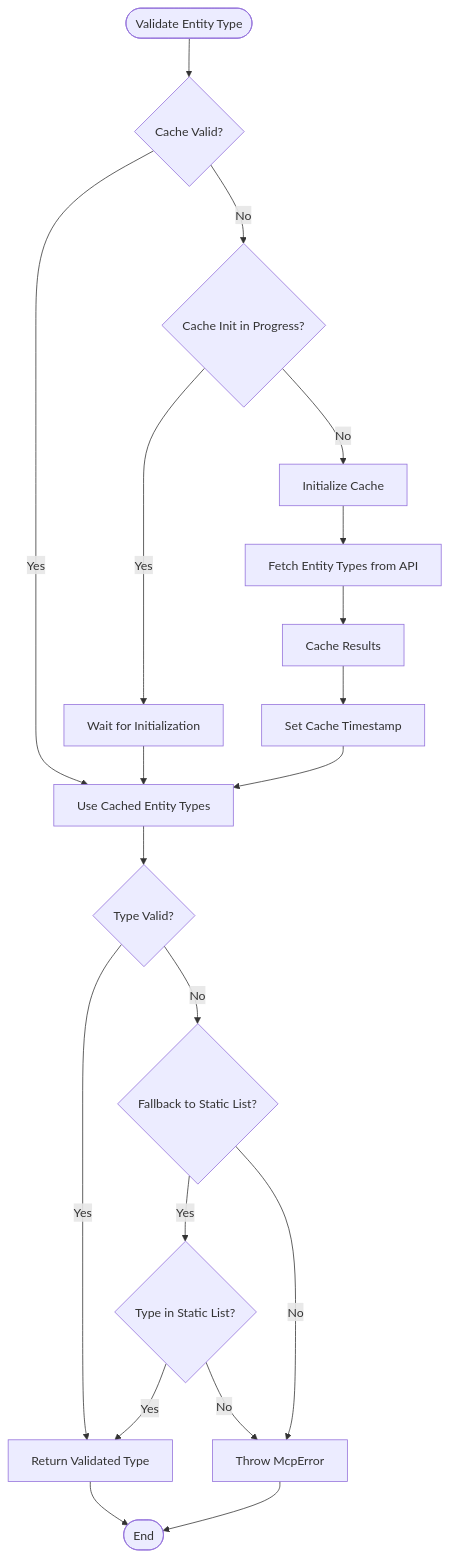
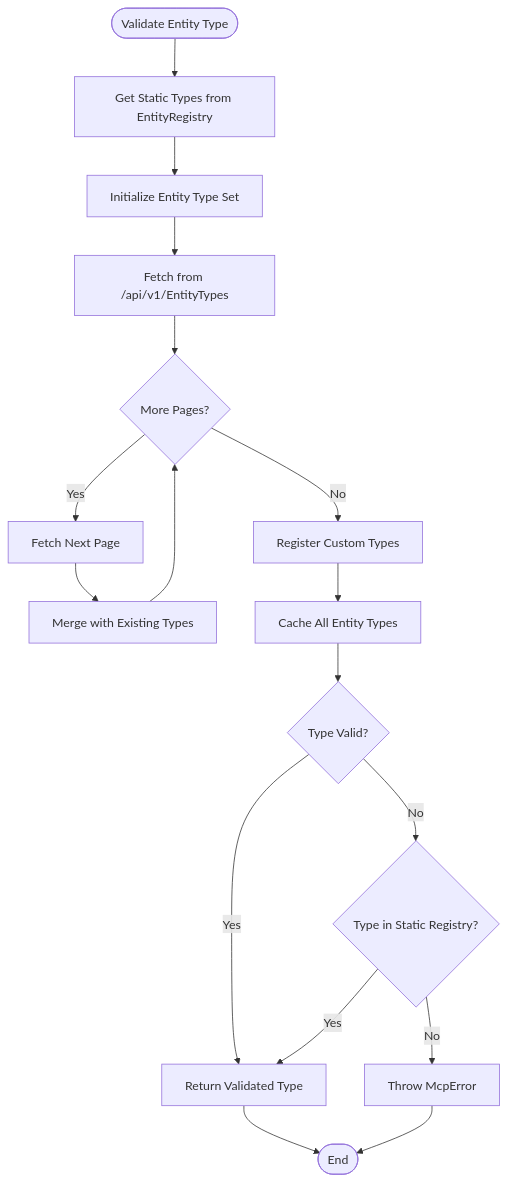
The seventh of 11 diagrams in docs/architecture/transaction-flows.md (aaronsb/apptio-target-process-mcp), drawn with Mermaid before and after one commit. The commit also changed other lines of this file and 10 other files, not shown here.

````diff
--- a/docs/architecture/transaction-flows.md
+++ b/docs/architecture/transaction-flows.md
@@ -215,30 +241,25 @@
 ```mermaid
 flowchart TD
-    Start([Validate Entity Type]) --> CheckCache{Cache Valid?}
+    Start([Validate Entity Type]) --> GetStatic[Get Static Types from EntityRegistry]
+    GetStatic --> InitSet[Initialize Entity Type Set]
     
-    CheckCache -->|Yes| UseCache[Use Cached Entity Types]
-    CheckCache -->|No| CheckInit{Cache Init in Progress?}
+    InitSet --> FetchEntityTypes[Fetch from /api/v1/EntityTypes]
+    FetchEntityTypes --> CheckPagination{More Pages?}
     
-    CheckInit -->|Yes| WaitForInit[Wait for Initialization]
-    CheckInit -->|No| InitCache[Initialize Cache]
+    CheckPagination -->|Yes| FetchNextPage[Fetch Next Page]
+    FetchNextPage --> MergeTypes[Merge with Existing Types]
+    MergeTypes --> CheckPagination
     
-    InitCache --> FetchAPI[Fetch Entity Types from API]
-    FetchAPI --> CacheResults[Cache Results]
-    CacheResults --> SetTimestamp[Set Cache Timestamp]
+    CheckPagination -->|No| RegisterCustom[Register Custom Types]
+    RegisterCustom --> CacheResults[Cache All Entity Types]
+    CacheResults --> ValidateType{Type Valid?}
     
-    WaitForInit --> UseCache
-    SetTimestamp --> UseCache
+    ValidateType -->|Yes| Return[Return Validated Type]
+    ValidateType -->|No| FallbackStatic{Type in Static Registry?}
     
-    UseCache --> ValidateType{Type Valid?}
-    ValidateType -->|Yes| Return[Return Validated Type]
-    ValidateType -->|No| FallbackCheck{Fallback to Static List?}
-    
-    FallbackCheck -->|Yes| CheckStatic{Type in Static List?}
-    FallbackCheck -->|No| ThrowError[Throw McpError]
-    
-    CheckStatic -->|Yes| Return
-    CheckStatic -->|No| ThrowError
+    FallbackStatic -->|Yes| Return
+    FallbackStatic -->|No| ThrowError[Throw McpError]
     
     Return --> End([End])
     ThrowError --> End
 ```
````
